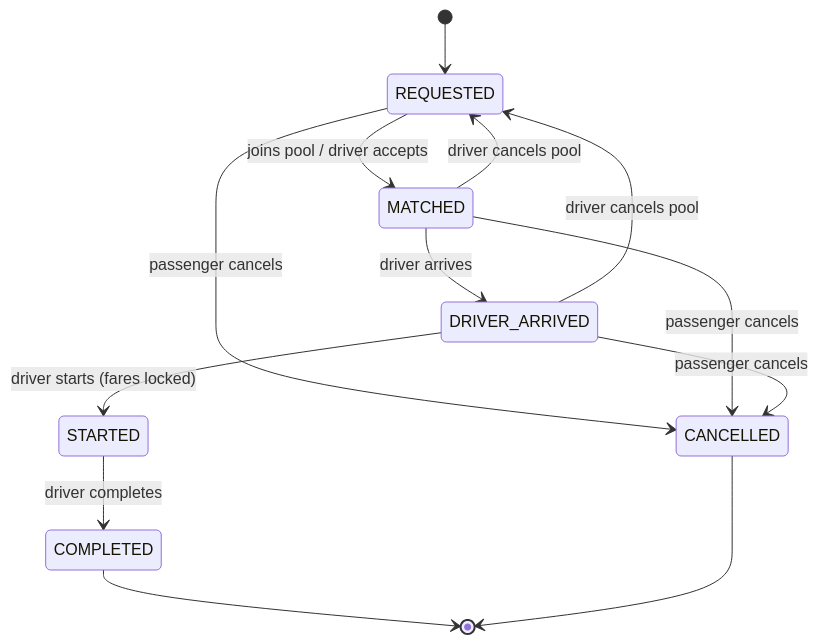
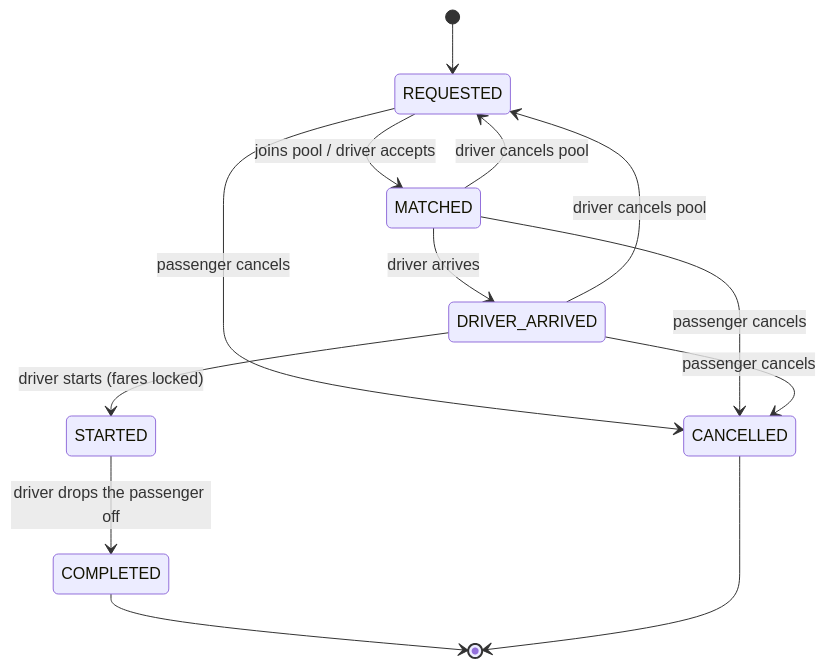
The second of 2 diagrams in docs/assumptions.md (EsferSamiX/dhaka-tesla-pool), drawn with Mermaid before and after one commit. The commit also changed other lines of this file and 8 other files, not shown here.

````diff
--- a/docs/assumptions.md
+++ b/docs/assumptions.md
@@ -172,15 +183,15 @@
 ```mermaid
 stateDiagram-v2
     [*] --> REQUESTED
     REQUESTED --> MATCHED: joins pool / driver accepts
     MATCHED --> DRIVER_ARRIVED: driver arrives
     DRIVER_ARRIVED --> STARTED: driver starts (fares locked)
-    STARTED --> COMPLETED: driver completes
+    STARTED --> COMPLETED: driver drops the passenger off
     REQUESTED --> CANCELLED: passenger cancels
     MATCHED --> CANCELLED: passenger cancels
     DRIVER_ARRIVED --> CANCELLED: passenger cancels
     MATCHED --> REQUESTED: driver cancels pool
     DRIVER_ARRIVED --> REQUESTED: driver cancels pool
     COMPLETED --> [*]
     CANCELLED --> [*]
 ```
````
